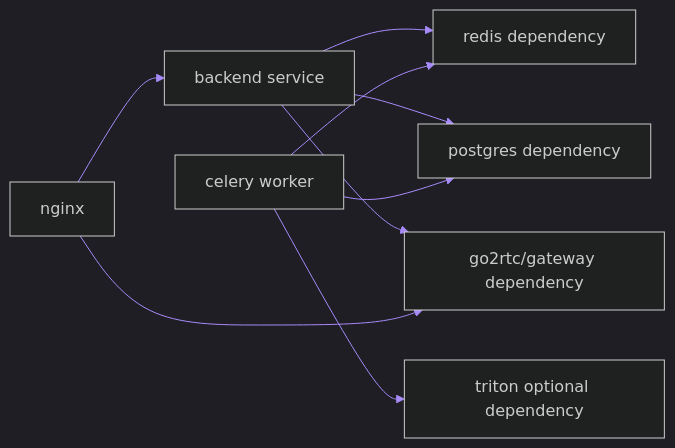
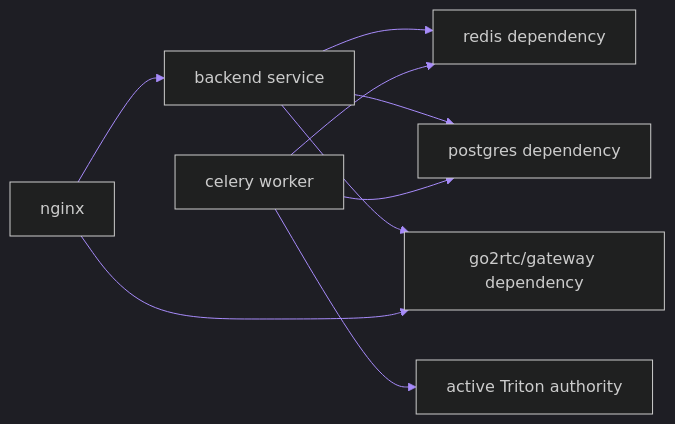
Before and after one commit to ahmedelbamby-aast/Grad-Project-Docs: the third of 3 diagrams in docs/backend/architecture/deployment-topology.md, drawn with Mermaid. The commit also changed other lines of this file and 2792 other files, not shown here.

````diff
--- a/docs/backend/architecture/deployment-topology.md
+++ b/docs/backend/architecture/deployment-topology.md
@@ -56,12 +63,12 @@
 ```mermaid
 %%{init: {'theme': 'dark', 'themeVariables': {'primaryColor': '#7C3AED', 'lineColor': '#A78BFA'}}}%%
 graph LR
     BackendSvc["backend service"] --> RedisDep["redis dependency"]
     BackendSvc --> PgDep["postgres dependency"]
     BackendSvc --> RelayDep["go2rtc/gateway dependency"]
     WorkerSvc["celery worker"] --> RedisDep
     WorkerSvc --> PgDep
-    WorkerSvc --> TritonDep["triton optional dependency"]
+    WorkerSvc --> TritonDep["active Triton authority"]
     NginxSvc["nginx"] --> BackendSvc
     NginxSvc --> RelayDep
 ```
````
